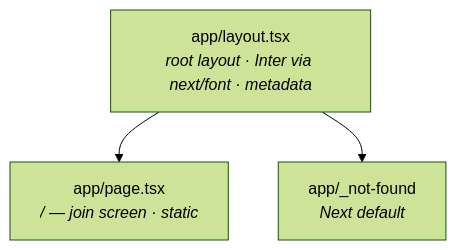
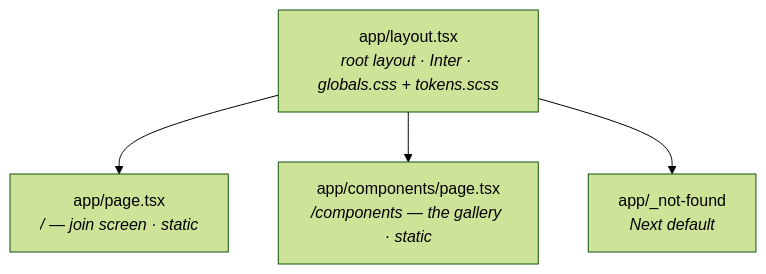
One commit to Jmeza081/captionist changed the first of 4 diagrams in docs/architecture.md. Above: the diagram before and after it, drawn with Mermaid (forest theme). The commit also changed other lines of this file and 93 other files, not shown here.

````diff
--- a/docs/architecture.md
+++ b/docs/architecture.md
@@ -40,8 +40,10 @@
 ```mermaid
 graph TD
-  L["app/layout.tsx<br/><i>root layout · Inter via next/font · metadata</i>"]
+  L["app/layout.tsx<br/><i>root layout · Inter · globals.css + tokens.scss</i>"]
   P["app/page.tsx<br/><i>/ — join screen · static</i>"]
+  C["app/components/page.tsx<br/><i>/components — the gallery · static</i>"]
   NF["app/_not-found<br/><i>Next default</i>"]
   L --> P
+  L --> C
   L --> NF
 ```
````
